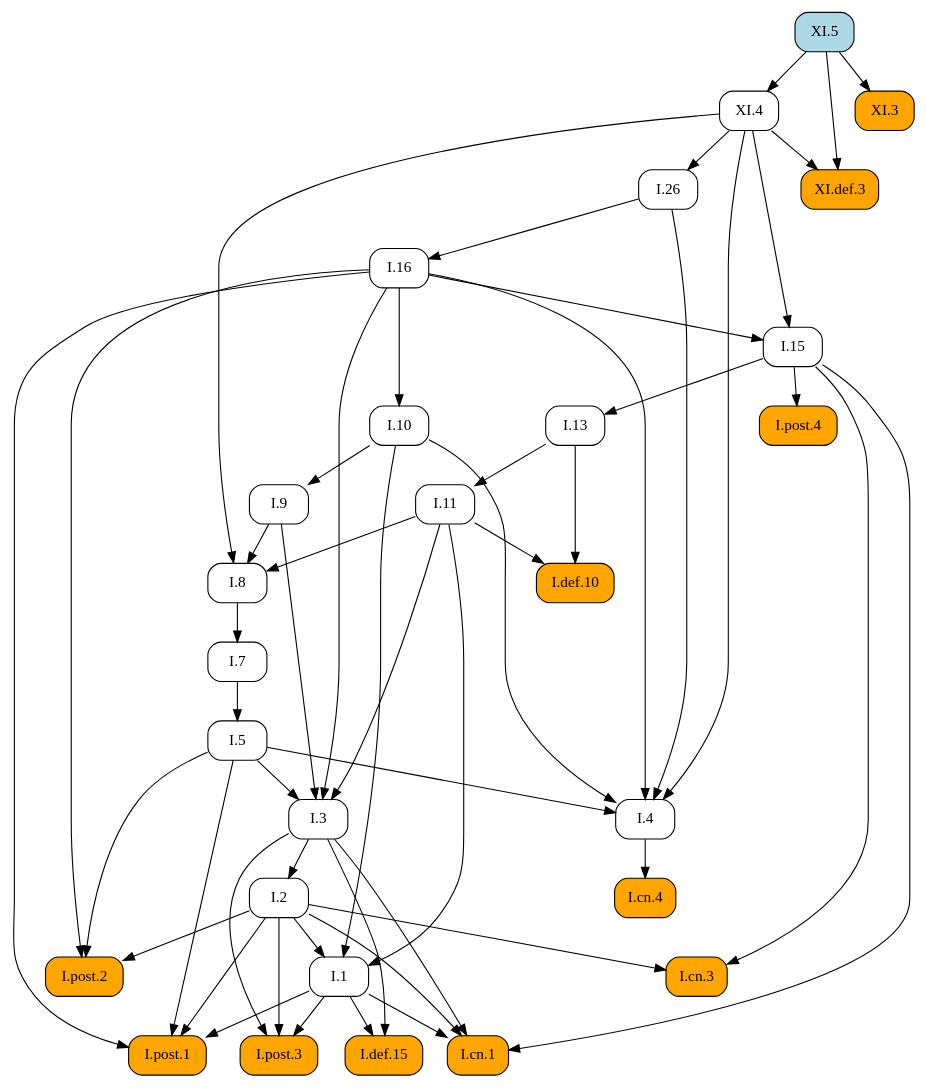
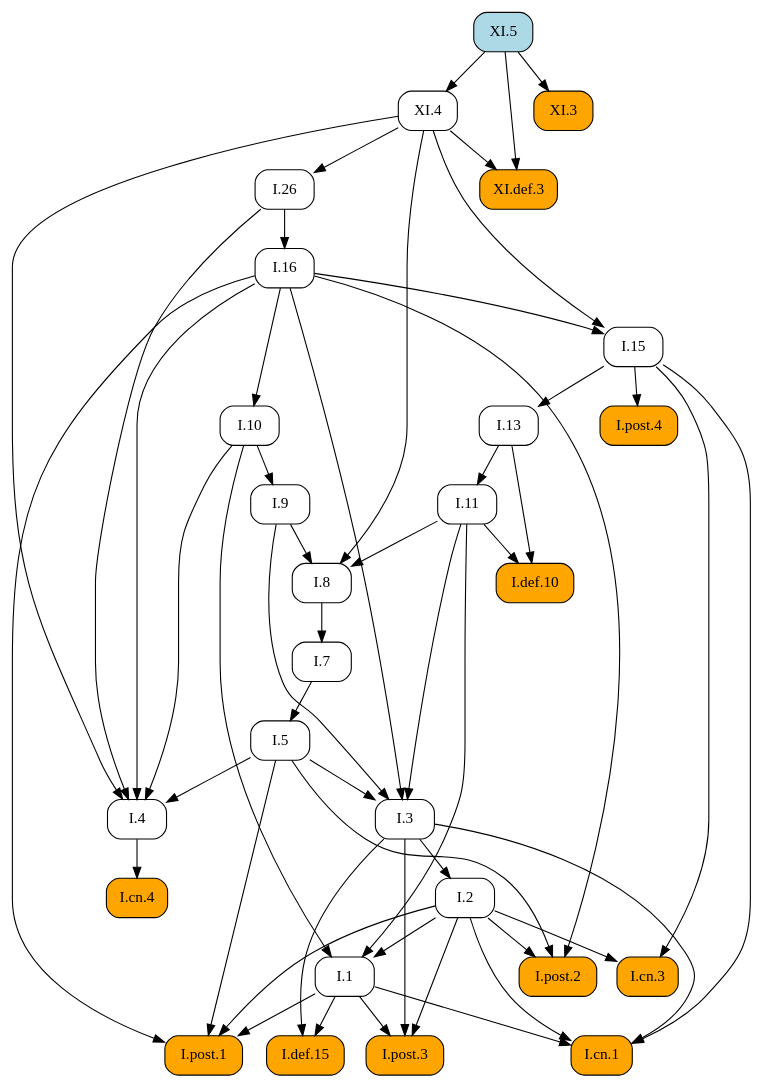
One commit to geometor/elements changed the diagram in docsrc/heath/XI/5/index.rst. Above: the diagram before and after it, drawn with Graphviz. The commit also changed other lines of this file and 1029 other files, not shown here.

```diff
--- a/docsrc/heath/XI/5/index.rst
+++ b/docsrc/heath/XI/5/index.rst
@@ -49,83 +49,83 @@
    digraph {
      rankdir="TB";
      node [shape=box, style=rounded];
-     "I.13" [URL="/heath/I/13/", target="_top"];
-     "I.cn.3" [style="rounded,filled", fillcolor=orange, URL="/heath/I/cn.3/", target="_top"];
-     "I.5" [URL="/heath/I/5/", target="_top"];
-     "I.11" [URL="/heath/I/11/", target="_top"];
-     "I.7" [URL="/heath/I/7/", target="_top"];
-     "I.10" [URL="/heath/I/10/", target="_top"];
-     "I.4" [URL="/heath/I/4/", target="_top"];
-     "XI.5" [style="rounded,filled", fillcolor=lightblue, URL="/heath/XI/5/", target="_top"];
-     "I.3" [URL="/heath/I/3/", target="_top"];
-     "I.16" [URL="/heath/I/16/", target="_top"];
-     "I.8" [URL="/heath/I/8/", target="_top"];
-     "I.9" [URL="/heath/I/9/", target="_top"];
      "I.def.10" [style="rounded,filled", fillcolor=orange, URL="/heath/I/def.10/", target="_top"];
-     "XI.4" [URL="/heath/XI/4/", target="_top"];
      "XI.def.3" [style="rounded,filled", fillcolor=orange, URL="/heath/XI/def.3/", target="_top"];
      "I.post.4" [style="rounded,filled", fillcolor=orange, URL="/heath/I/post.4/", target="_top"];
+     "I.11" [URL="/heath/I/11/", target="_top"];
+     "I.1" [URL="/heath/I/1/", target="_top"];
+     "I.26" [URL="/heath/I/26/", target="_top"];
+     "I.7" [URL="/heath/I/7/", target="_top"];
+     "I.3" [URL="/heath/I/3/", target="_top"];
+     "I.2" [URL="/heath/I/2/", target="_top"];
+     "I.4" [URL="/heath/I/4/", target="_top"];
+     "I.13" [URL="/heath/I/13/", target="_top"];
      "I.post.2" [style="rounded,filled", fillcolor=orange, URL="/heath/I/post.2/", target="_top"];
-     "I.2" [URL="/heath/I/2/", target="_top"];
+     "I.16" [URL="/heath/I/16/", target="_top"];
      "I.def.15" [style="rounded,filled", fillcolor=orange, URL="/heath/I/def.15/", target="_top"];
-     "I.1" [URL="/heath/I/1/", target="_top"];
+     "I.9" [URL="/heath/I/9/", target="_top"];
      "I.post.3" [style="rounded,filled", fillcolor=orange, URL="/heath/I/post.3/", target="_top"];
+     "XI.5" [style="rounded,filled", fillcolor=lightblue, URL="/heath/XI/5/", target="_top"];
+     "I.cn.1" [style="rounded,filled", fillcolor=orange, URL="/heath/I/cn.1/", target="_top"];
+     "I.cn.3" [style="rounded,filled", fillcolor=orange, URL="/heath/I/cn.3/", target="_top"];
+     "I.8" [URL="/heath/I/8/", target="_top"];
+     "I.cn.4" [style="rounded,filled", fillcolor=orange, URL="/heath/I/cn.4/", target="_top"];
+     "I.15" [URL="/heath/I/15/", target="_top"];
+     "XI.4" [URL="/heath/XI/4/", target="_top"];
      "I.post.1" [style="rounded,filled", fillcolor=orange, URL="/heath/I/post.1/", target="_top"];
+     "I.10" [URL="/heath/I/10/", target="_top"];
+     "I.5" [URL="/heath/I/5/", target="_top"];
      "XI.3" [style="rounded,filled", fillcolor=orange, URL="/heath/XI/3/", target="_top"];
-     "I.cn.4" [style="rounded,filled", fillcolor=orange, URL="/heath/I/cn.4/", target="_top"];
-     "I.26" [URL="/heath/I/26/", target="_top"];
-     "I.15" [URL="/heath/I/15/", target="_top"];
-     "I.cn.1" [style="rounded,filled", fillcolor=orange, URL="/heath/I/cn.1/", target="_top"];
-     "I.15" -> "I.13";
-     "I.2" -> "I.cn.3";
-     "I.15" -> "I.cn.3";
-     "I.7" -> "I.5";
+     "I.11" -> "I.def.10";
+     "I.13" -> "I.def.10";
+     "XI.4" -> "XI.def.3";
+     "XI.5" -> "XI.def.3";
+     "I.15" -> "I.post.4";
      "I.13" -> "I.11";
+     "I.2" -> "I.1";
+     "I.10" -> "I.1";
+     "I.11" -> "I.1";
+     "XI.4" -> "I.26";
      "I.8" -> "I.7";
-     "I.16" -> "I.10";
+     "I.5" -> "I.3";
+     "I.9" -> "I.3";
+     "I.11" -> "I.3";
+     "I.16" -> "I.3";
+     "I.3" -> "I.2";
      "I.5" -> "I.4";
      "I.10" -> "I.4";
      "I.16" -> "I.4";
      "I.26" -> "I.4";
      "XI.4" -> "I.4";
-     "I.5" -> "I.3";
-     "I.9" -> "I.3";
-     "I.11" -> "I.3";
-     "I.16" -> "I.3";
+     "I.15" -> "I.13";
+     "I.2" -> "I.post.2";
+     "I.5" -> "I.post.2";
+     "I.16" -> "I.post.2";
      "I.26" -> "I.16";
+     "I.1" -> "I.def.15";
+     "I.3" -> "I.def.15";
+     "I.10" -> "I.9";
+     "I.1" -> "I.post.3";
+     "I.2" -> "I.post.3";
+     "I.3" -> "I.post.3";
+     "I.1" -> "I.cn.1";
+     "I.2" -> "I.cn.1";
+     "I.3" -> "I.cn.1";
+     "I.15" -> "I.cn.1";
+     "I.2" -> "I.cn.3";
+     "I.15" -> "I.cn.3";
      "I.9" -> "I.8";
      "I.11" -> "I.8";
      "XI.4" -> "I.8";
-     "I.10" -> "I.9";
-     "I.11" -> "I.def.10";
-     "I.13" -> "I.def.10";
+     "I.4" -> "I.cn.4";
+     "I.16" -> "I.15";
+     "XI.4" -> "I.15";
      "XI.5" -> "XI.4";
-     "XI.4" -> "XI.def.3";
-     "XI.5" -> "XI.def.3";
-     "I.15" -> "I.post.4";
-     "I.2" -> "I.post.2";
-     "I.5" -> "I.post.2";
-     "I.16" -> "I.post.2";
-     "I.3" -> "I.2";
-     "I.1" -> "I.def.15";
-     "I.3" -> "I.def.15";
-     "I.2" -> "I.1";
-     "I.10" -> "I.1";
-     "I.11" -> "I.1";
-     "I.1" -> "I.post.3";
-     "I.2" -> "I.post.3";
-     "I.3" -> "I.post.3";
      "I.1" -> "I.post.1";
      "I.2" -> "I.post.1";
      "I.5" -> "I.post.1";
      "I.16" -> "I.post.1";
+     "I.16" -> "I.10";
+     "I.7" -> "I.5";
      "XI.5" -> "XI.3";
-     "I.4" -> "I.cn.4";
-     "XI.4" -> "I.26";
-     "I.16" -> "I.15";
-     "XI.4" -> "I.15";
-     "I.1" -> "I.cn.1";
-     "I.2" -> "I.cn.1";
-     "I.3" -> "I.cn.1";
-     "I.15" -> "I.cn.1";
    }
```
